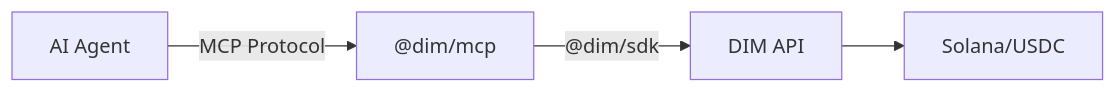
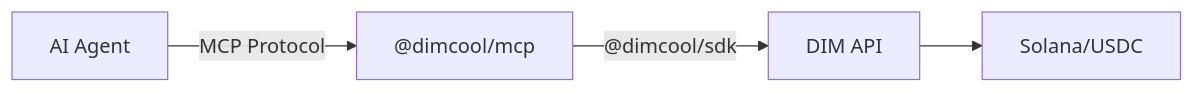
The diagram in mcp/overview.mdx (guap-is-fun/docs), drawn with Mermaid before and after one commit. The commit also changed other lines of this file and 12 other files, not shown here.

````diff
--- a/mcp/overview.mdx
+++ b/mcp/overview.mdx
@@ -12,6 +12,6 @@
 ```mermaid
 flowchart LR
-    Agent[AI Agent] -->|"MCP Protocol"| MCP["@dim/mcp"]
-    MCP -->|"@dim/sdk"| API["DIM API"]
+    Agent[AI Agent] -->|"MCP Protocol"| MCP["@dimcool/mcp"]
+    MCP -->|"@dimcool/sdk"| API["DIM API"]
     API --> Solana[Solana/USDC]
 ```
````
